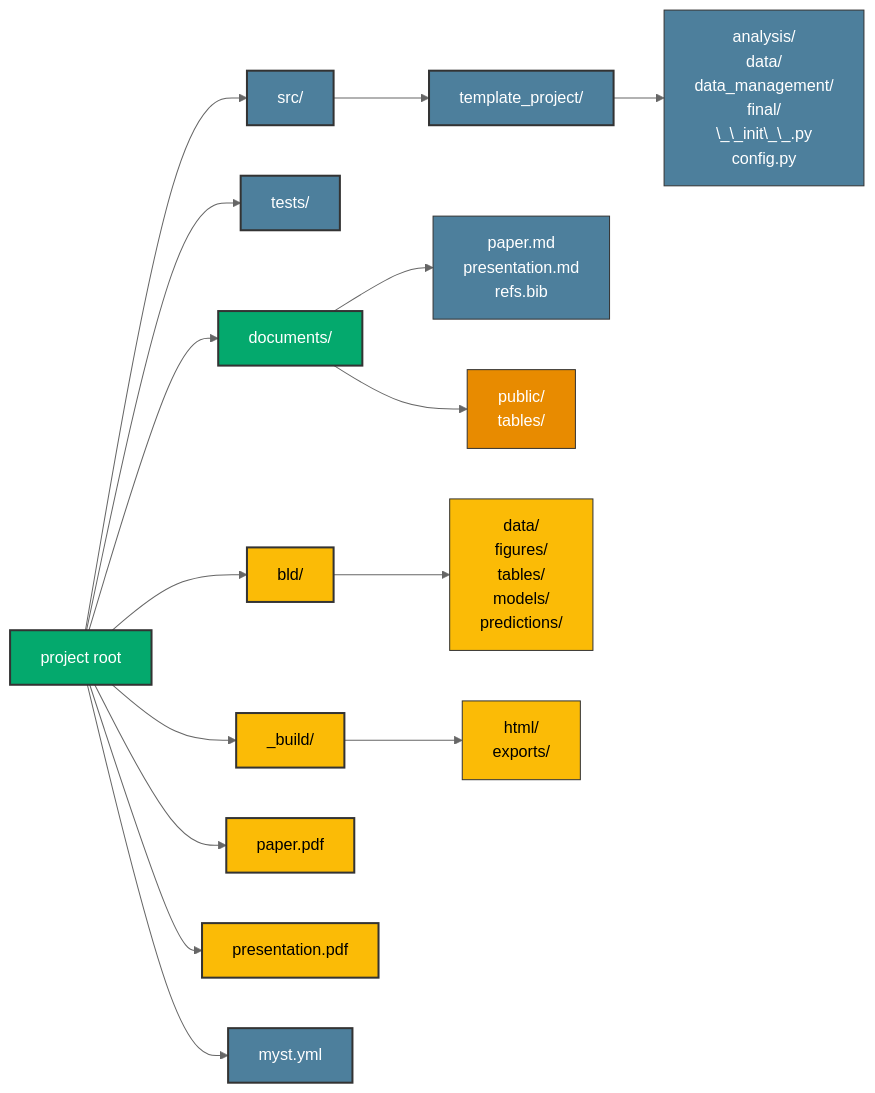
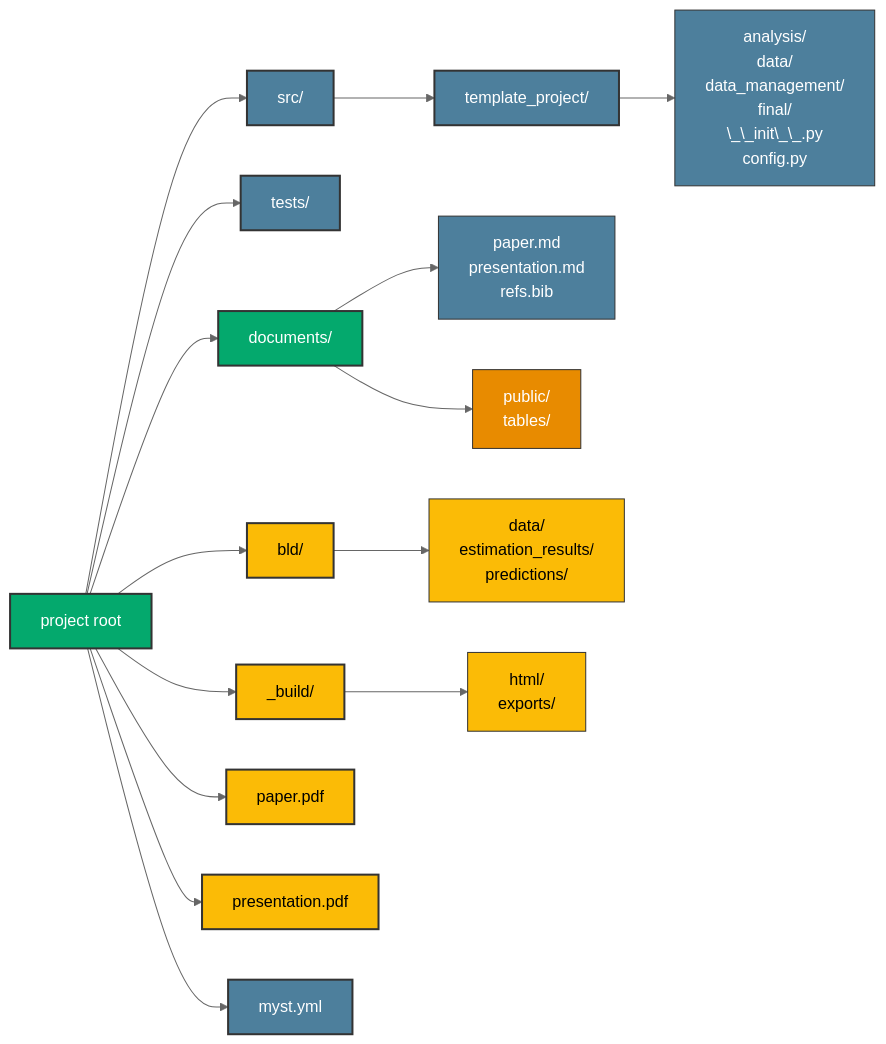
Before and after one commit to OpenSourceEconomics/econ-project-templates: the first of 2 diagrams in docs_template/source/background/directory_structure.md, drawn with Mermaid (neutral theme). The commit also changed other lines of this file and 24 other files, not shown here.

````diff
--- a/docs_template/source/background/directory_structure.md
+++ b/docs_template/source/background/directory_structure.md
@@ -10,51 +10,51 @@
 ```{mermaid}
 flowchart LR
     Root["project root"]
 
     Src["src/"]
     SrcSub["template_project/"]
     SrcSubDir["analysis/<br/>data/<br/>data_management/<br/>final/<br/>\_\_init\_\_.py<br/>config.py"]
     Tests["tests/"]
     Documents["documents/"]
     DocumentsSource["paper.md<br/>presentation.md<br/>refs.bib"]
     DocumentsOutput["public/<br/>tables/"]
     Bld["bld/"]
-    BldSub["data/<br/>figures/<br/>tables/<br/>models/<br/>predictions/"]
+    BldSub["data/<br/>estimation_results/<br/>predictions/"]
     Build["_build/"]
     BuildSub["html/<br/>exports/"]
     Paper["paper.pdf"]
     Presentation["presentation.pdf"]
     MystYml["myst.yml"]
 
     Root --> Src
     Root --> Tests
     Root --> MystYml
     Root --> Documents
     Root --> Bld
     Root --> Build
     Root --> Paper
     Root --> Presentation
 
     Src --> SrcSub
     SrcSub --> SrcSubDir
     Documents --> DocumentsSource
     Documents --> DocumentsOutput
     Bld --> BldSub
     Build --> BuildSub
 
     style Root fill:#04A96D,stroke:#333,stroke-width:2px,color:#fff
     style Src fill:#4d7f9c,stroke:#333,stroke-width:2px,color:#fff
     style SrcSub fill:#4d7f9c,stroke:#333,stroke-width:2px,color:#fff
     style SrcSubDir fill:#4d7f9c,stroke:#333,stroke-width:1px,color:#fff
     style Tests fill:#4d7f9c,stroke:#333,stroke-width:2px,color:#fff
     style MystYml fill:#4d7f9c,stroke:#333,stroke-width:2px,color:#fff
     style Documents fill:#04A96D,stroke:#333,stroke-width:2px,color:#fff
     style DocumentsSource fill:#4d7f9c,stroke:#333,stroke-width:1px,color:#fff
     style DocumentsOutput fill:#E88B00,stroke:#333,stroke-width:1px,color:#fff
     style Bld fill:#FBBB06,stroke:#333,stroke-width:2px,color:#000
     style BldSub fill:#FBBB06,stroke:#333,stroke-width:1px,color:#000
     style Build fill:#FBBB06,stroke:#333,stroke-width:2px,color:#000
     style BuildSub fill:#FBBB06,stroke:#333,stroke-width:1px,color:#000
     style Paper fill:#FBBB06,stroke:#333,stroke-width:2px,color:#000
     style Presentation fill:#FBBB06,stroke:#333,stroke-width:2px,color:#000
 ```
````
